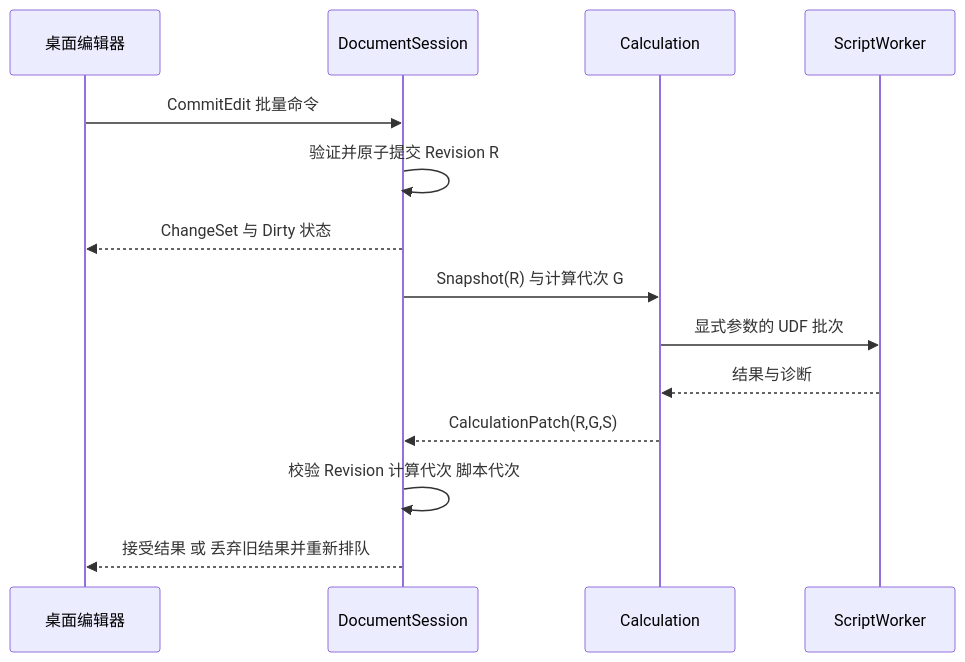
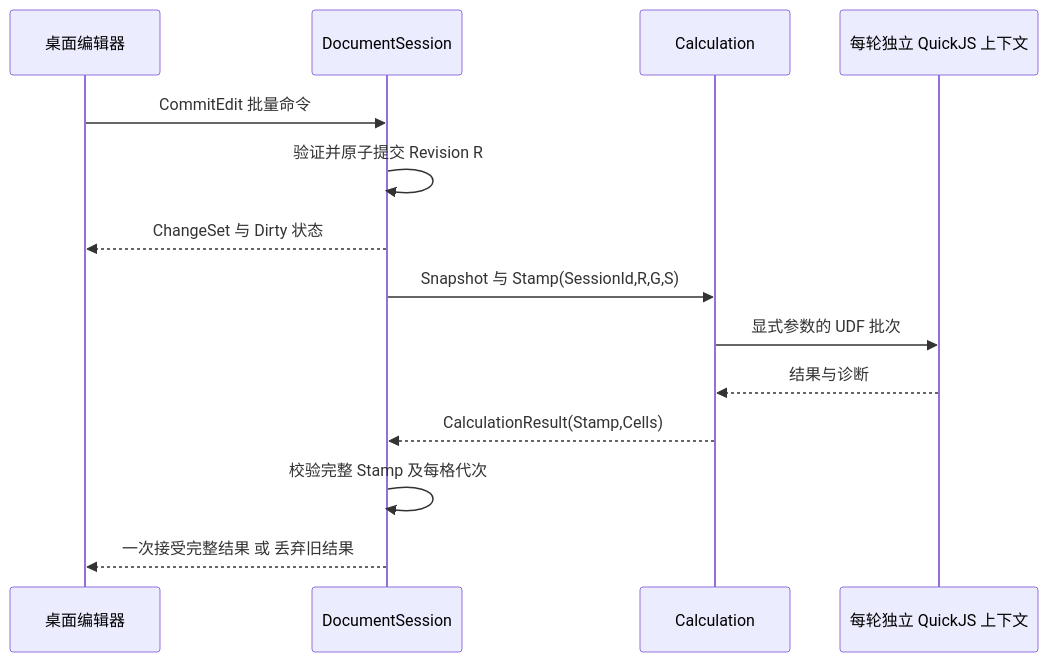
One commit to lovespite/QuickExcel changed the second of 2 diagrams in QuickExcel.Desktop/docs/02-system-architecture.md. Above: the diagram before and after it, drawn with Mermaid. The commit also changed other lines of this file and 48 other files, not shown here.

````diff
--- a/QuickExcel.Desktop/docs/02-system-architecture.md
+++ b/QuickExcel.Desktop/docs/02-system-architecture.md
@@ -105,16 +111,16 @@
 ```mermaid
 sequenceDiagram
     participant U as 桌面编辑器
     participant D as DocumentSession
     participant C as Calculation
-    participant J as ScriptWorker
+    participant J as 每轮独立 QuickJS 上下文
     U->>D: CommitEdit 批量命令
     D->>D: 验证并原子提交 Revision R
     D-->>U: ChangeSet 与 Dirty 状态
-    D->>C: Snapshot(R) 与计算代次 G
+    D->>C: Snapshot 与 Stamp(SessionId,R,G,S)
     C->>J: 显式参数的 UDF 批次
     J-->>C: 结果与诊断
-    C-->>D: CalculationPatch(R,G,S)
-    D->>D: 校验 Revision 计算代次 脚本代次
-    D-->>U: 接受结果 或 丢弃旧结果并重新排队
+    C-->>D: CalculationResult(Stamp,Cells)
+    D->>D: 校验完整 Stamp 及每格代次
+    D-->>U: 一次接受完整结果 或 丢弃旧结果
 ```
````
